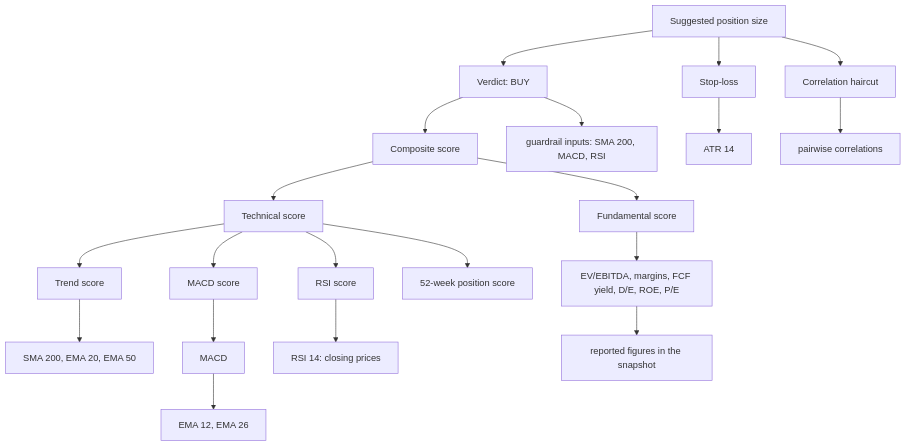
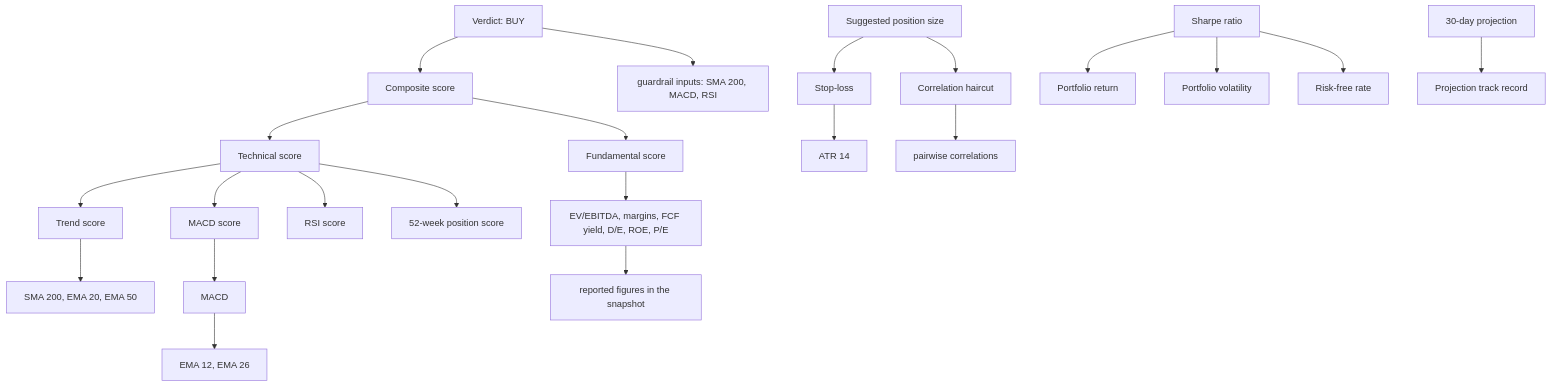
One commit to myc208/quantlens changed the fifth of 5 diagrams in README.md. Above: the diagram before and after it, drawn with Mermaid. The commit also changed other lines of this file and 20 other files, not shown here.

````diff
--- a/README.md
+++ b/README.md
@@ -317,19 +641,21 @@
 ```mermaid
 flowchart TD
   V["Verdict: BUY"] --> C["Composite score"]
   V --> G1["guardrail inputs: SMA 200, MACD, RSI"]
   C --> T["Technical score"]
   C --> F["Fundamental score"]
   T --> TR["Trend score"]
   T --> MS["MACD score"]
   T --> RS["RSI score"]
   T --> RG["52-week position score"]
   TR --> SMA["SMA 200, EMA 20, EMA 50"]
   MS --> MACD["MACD"] --> EMA["EMA 12, EMA 26"]
-  RS --> RSI["RSI 14: closing prices"]
   F --> R1["EV/EBITDA, margins, FCF yield, D/E, ROE, P/E"]
   R1 --> RAW["reported figures in the snapshot"]
   PS["Suggested position size"] --> SL["Stop-loss"] --> ATR["ATR 14"]
   PS --> HC["Correlation haircut"] --> CP["pairwise correlations"]
-  PS --> V
+  SH["Sharpe ratio"] --> PR["Portfolio return"]
+  SH --> PV["Portfolio volatility"]
+  SH --> RF["Risk-free rate"]
+  FP["30-day projection"] --> FB["Projection track record"]
 ```
````
